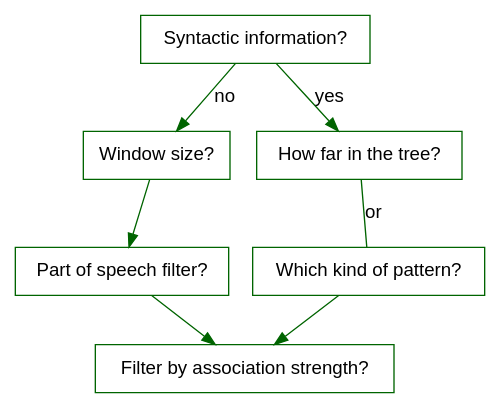
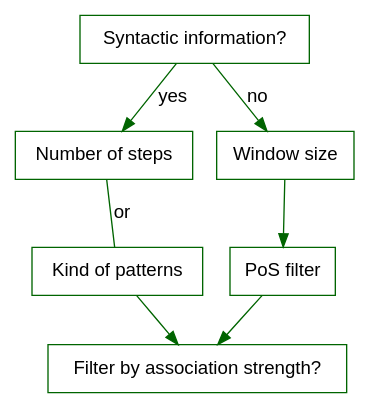
One commit to montesmariana/maxipresentation changed the diagram in context.gv. Above: the diagram before and after it, drawn with Graphviz. The commit also changed 4 other files, not shown here.

```diff
--- a/context.gv
+++ b/context.gv
@@ -1,28 +1,28 @@
 digraph {
   
   graph [layout = dot]
   
   node [
     shape = rectangle,
     color = darkgreen,
     fontname = Helvetica
     ]
     
   a [label = "Syntactic information?"]
-  b [label = "Window size?"]
-  b2 [label = "Part of speech filter?"]
-  c [label = "How far in the tree?"]
-  c2 [label = "Which kind of pattern?"]
+  c [label = "Number of steps"]
+  c2 [label = "Kind of patterns"]
   d [label = "Filter by association strength?"]
+  b [label = "Window size"]
+  b2 [label = "PoS filter"]
   
   edge [
     color = darkgreen,
     fontname = Helvetica
     ]
   a -> b [label = "no"]
   b -> b2
   a -> c [label = "yes"]
   c -> c2 [arrowhead = none, label = "or"]
   b2 -> d
   c2 -> d
 }
```
